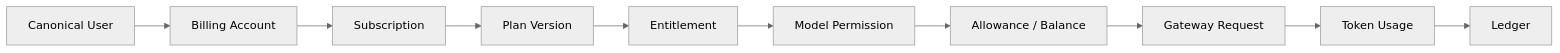
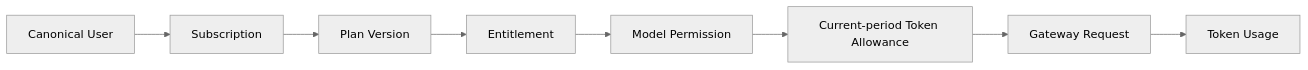
One commit to glide-the/dream-im-platform changed the first of 2 diagrams in docs/architecture/ink-dream-memory/README.md. Above: the diagram before and after it, drawn with Mermaid (neutral theme). The commit also changed other lines of this file and 53 other files, not shown here.

First line of the commit message:
feat: implement subscription token model with monthly cycle and constraints

````diff
--- a/docs/architecture/ink-dream-memory/README.md
+++ b/docs/architecture/ink-dream-memory/README.md
@@ -53,12 +53,10 @@
 ```mermaid
 flowchart LR
-  U["Canonical User"] --> B["Billing Account"]
-  B --> S["Subscription"]
+  U["Canonical User"] --> S["Subscription"]
   S --> V["Plan Version"]
   V --> E["Entitlement"]
   E --> M["Model Permission"]
-  M --> A["Allowance / Balance"]
+  M --> A["Current-period Token Allowance"]
   A --> G["Gateway Request"]
   G --> T["Token Usage"]
-  T --> L["Ledger"]
 ```
````
